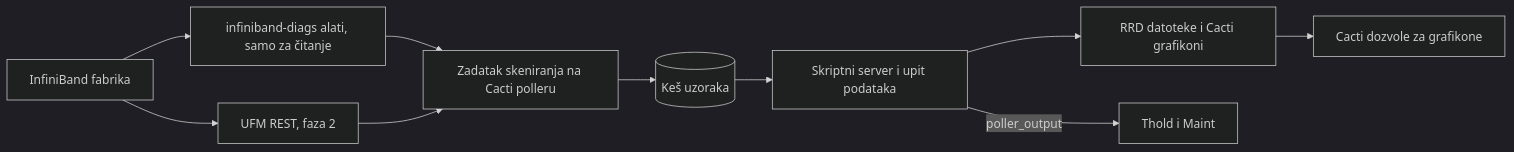
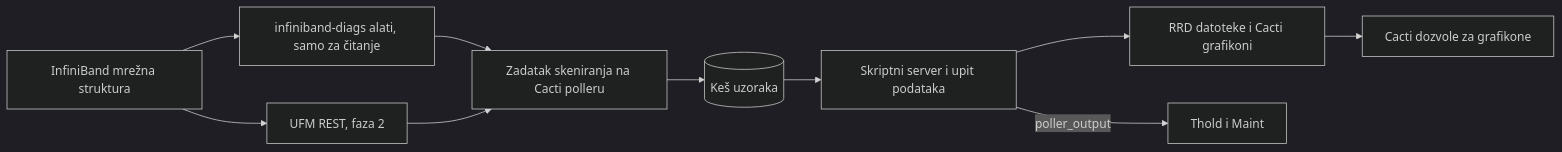
One commit to somethingwithproof/plugin_fabric changed the diagram in docs/i18n/bs-BA/README.md. Above: the diagram before and after it, drawn with Mermaid (dark theme). The commit also changed other lines of this file and 5 other files, not shown here.

````diff
--- a/docs/i18n/bs-BA/README.md
+++ b/docs/i18n/bs-BA/README.md
@@ -92,12 +92,12 @@
 ```mermaid
 flowchart LR
-    F[InfiniBand fabrika] --> T[infiniband-diags alati, samo za čitanje]
+    F[InfiniBand mrežna struktura] --> T[infiniband-diags alati, samo za čitanje]
     F --> U[UFM REST, faza 2]
     T --> S[Zadatak skeniranja na Cacti polleru]
     U --> S
     S --> C[(Keš uzoraka)]
     C --> SS[Skriptni server i upit podataka]
     SS --> R[RRD datoteke i Cacti grafikoni]
     SS -->|poller_output| TH[Thold i Maint]
     R --> P[Cacti dozvole za grafikone]
 ```
````
